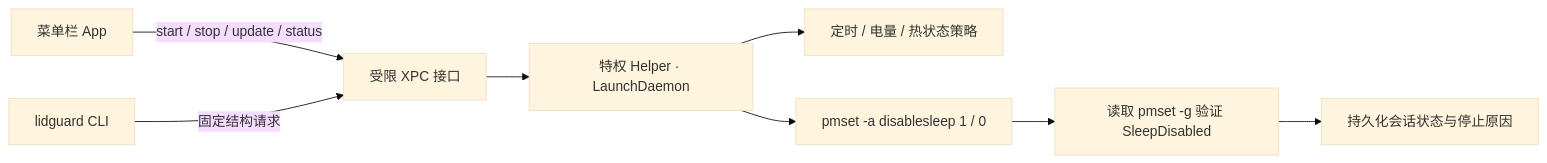
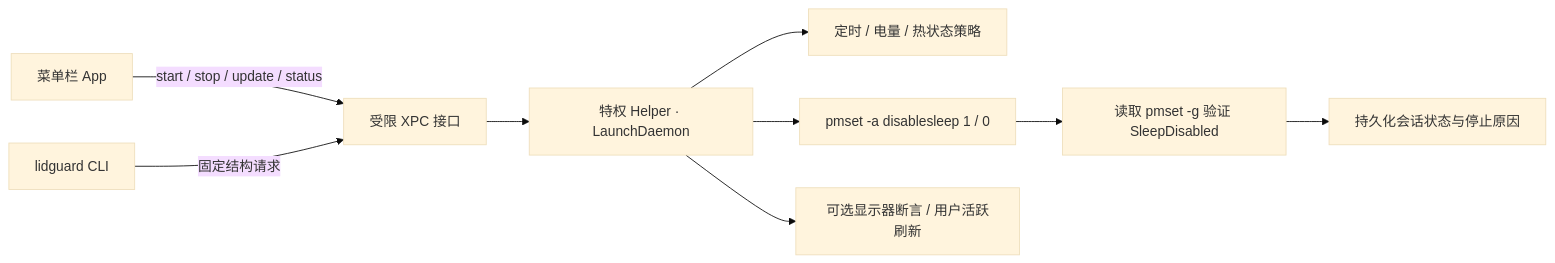
Before and after one commit to aermin/LidGuard: the diagram in README.zh-CN.md, drawn with Mermaid (base theme). The commit also changed other lines of this file and 17 other files, not shown here.

````diff
--- a/README.zh-CN.md
+++ b/README.zh-CN.md
@@ -248,10 +259,11 @@
 ```mermaid
 flowchart LR
     App["菜单栏 App"] -->|"start / stop / update / status"| XPC["受限 XPC 接口"]
     CLI["lidguard CLI"] -->|"固定结构请求"| XPC
     XPC --> Helper["特权 Helper · LaunchDaemon"]
     Helper --> Policy["定时 / 电量 / 热状态策略"]
     Helper --> PM["pmset -a disablesleep 1 / 0"]
+    Helper --> IOKit["可选显示器断言 / 用户活跃刷新"]
     PM --> Verify["读取 pmset -g 验证 SleepDisabled"]
     Verify --> State["持久化会话状态与停止原因"]
 ```
````
